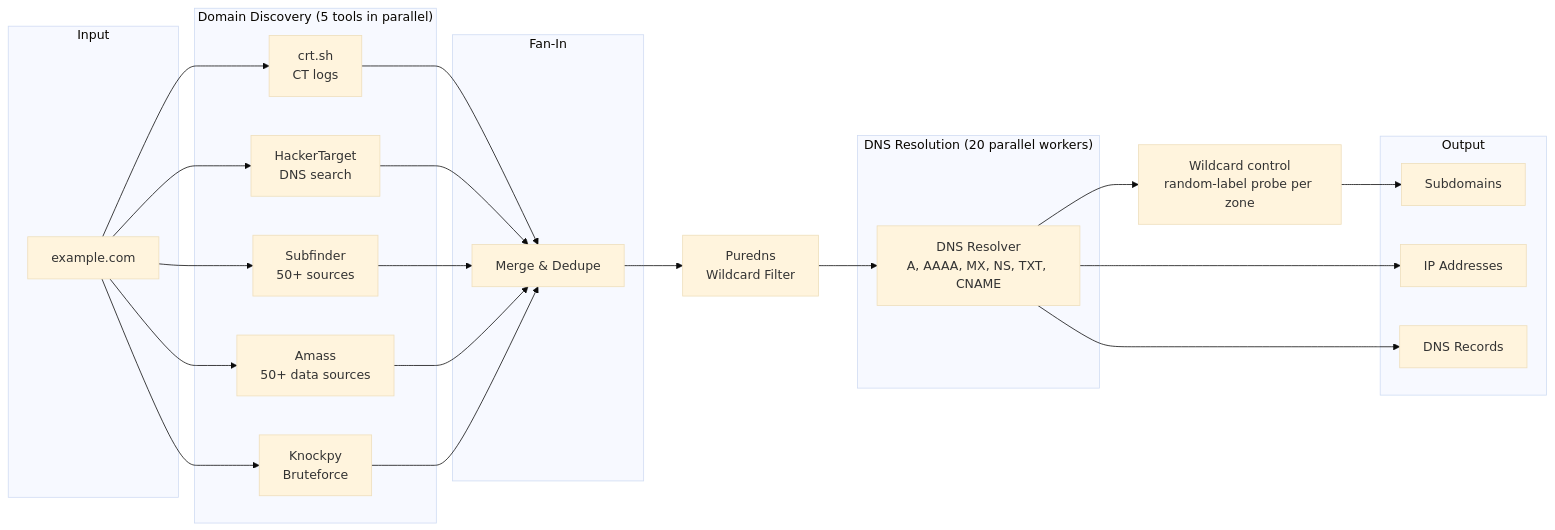
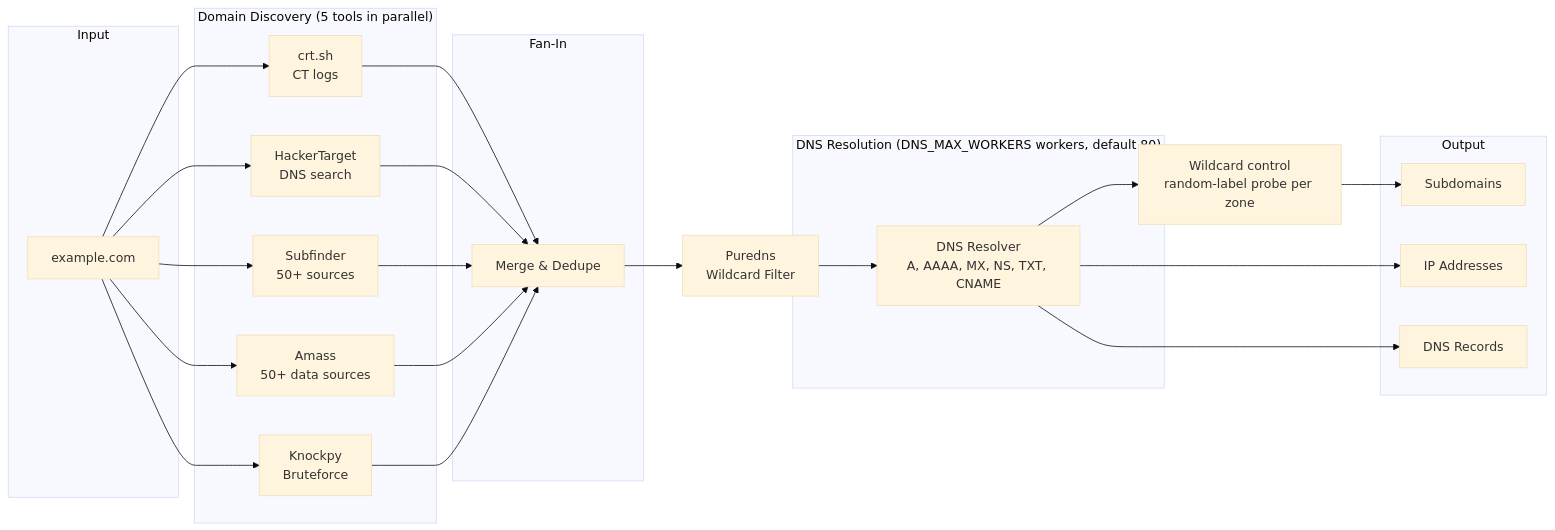
The seventh of 17 diagrams in docs/readmes/README.RECON.md (samugit83/redamon), drawn with Mermaid (base theme) before and after one commit. The commit also changed other lines of this file and 12 other files, not shown here.

````diff
--- a/docs/readmes/README.RECON.md
+++ b/docs/readmes/README.RECON.md
@@ -1185,48 +1244,48 @@
 ```mermaid
 flowchart LR
     subgraph Input
         Domain[example.com]
     end
 
     subgraph Discovery["Domain Discovery (5 tools in parallel)"]
         CRT[crt.sh<br/>CT logs]
         HT[HackerTarget<br/>DNS search]
         SF[Subfinder<br/>50+ sources]
         Amass[Amass<br/>50+ data sources]
         Knock[Knockpy<br/>Bruteforce]
     end
 
     subgraph Merge["Fan-In"]
         MergeDedupe[Merge & Dedupe]
     end
 
-    subgraph DNSPhase["DNS Resolution (20 parallel workers)"]
+    subgraph DNSPhase["DNS Resolution (DNS_MAX_WORKERS workers, default 80)"]
         DNS[DNS Resolver<br/>A, AAAA, MX, NS, TXT, CNAME]
     end
 
     subgraph Output
         Subs[Subdomains]
         IPs[IP Addresses]
         Records[DNS Records]
     end
 
     Domain --> CRT
     Domain --> HT
     Domain --> SF
     Domain --> Amass
     Domain --> Knock
 
     CRT --> MergeDedupe
     HT --> MergeDedupe
     SF --> MergeDedupe
     Amass --> MergeDedupe
     Knock --> MergeDedupe
 
     MergeDedupe --> PD[Puredns<br/>Wildcard Filter]
     PD --> DNS
     DNS --> WC[Wildcard control<br/>random-label probe per zone]
 
     WC --> Subs
     DNS --> IPs
     DNS --> Records
 ```
````
